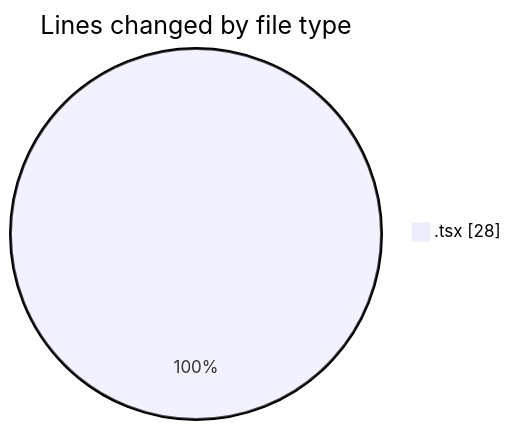
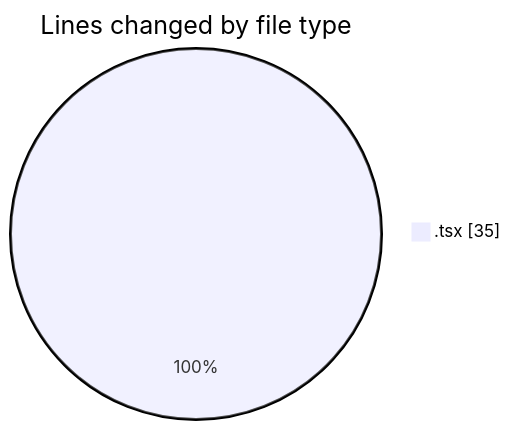
Before and after one commit to nxtqubesakshisongat/code-tracking: the first of 2 diagrams in 2026-03-25/nxtqube_webapp/README.md, drawn with Mermaid. The commit also changed other lines of this file and 1 other file, not shown here.

````diff
--- a/2026-03-25/nxtqube_webapp/README.md
+++ b/2026-03-25/nxtqube_webapp/README.md
@@ -21,5 +21,5 @@
 ```mermaid
 pie showData
 title Lines changed by file type
-".tsx" : 28
+".tsx" : 35
 ```
````
